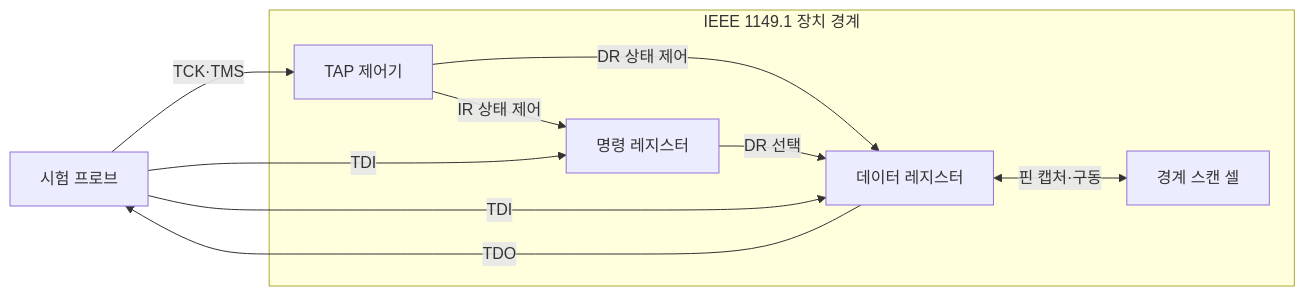
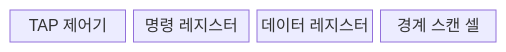
The first of 2 diagrams in src/content/docs/notes/02-hardware/065_jtag.md (agnusdei1207/knowledge-base), drawn with Mermaid before and after one commit. The commit also changed other lines of this file and 20 other files, not shown here.

````diff
--- a/src/content/docs/notes/02-hardware/065_jtag.md
+++ b/src/content/docs/notes/02-hardware/065_jtag.md
@@ -63,13 +61,8 @@
 ```mermaid
-flowchart LR
-    P["시험 프로브"] -->|"TCK·TMS"| C
-    subgraph J["IEEE 1149.1 장치 경계"]
-        C["TAP 제어기"] -->|"IR 상태 제어"| I["명령 레지스터"]
-        C -->|"DR 상태 제어"| D["데이터 레지스터"]
-        I -->|"DR 선택"| D
-        D <-->|"핀 캡처·구동"| B["경계 스캔 셀"]
-    end
-    P -->|"TDI"| I
-    P -->|"TDI"| D
-    D -->|"TDO"| P
+block
+  columns 4
+  A["TAP 제어기"]
+  B["명령 레지스터"]
+  C["데이터 레지스터"]
+  D["경계 스캔 셀"]
 ```
````
